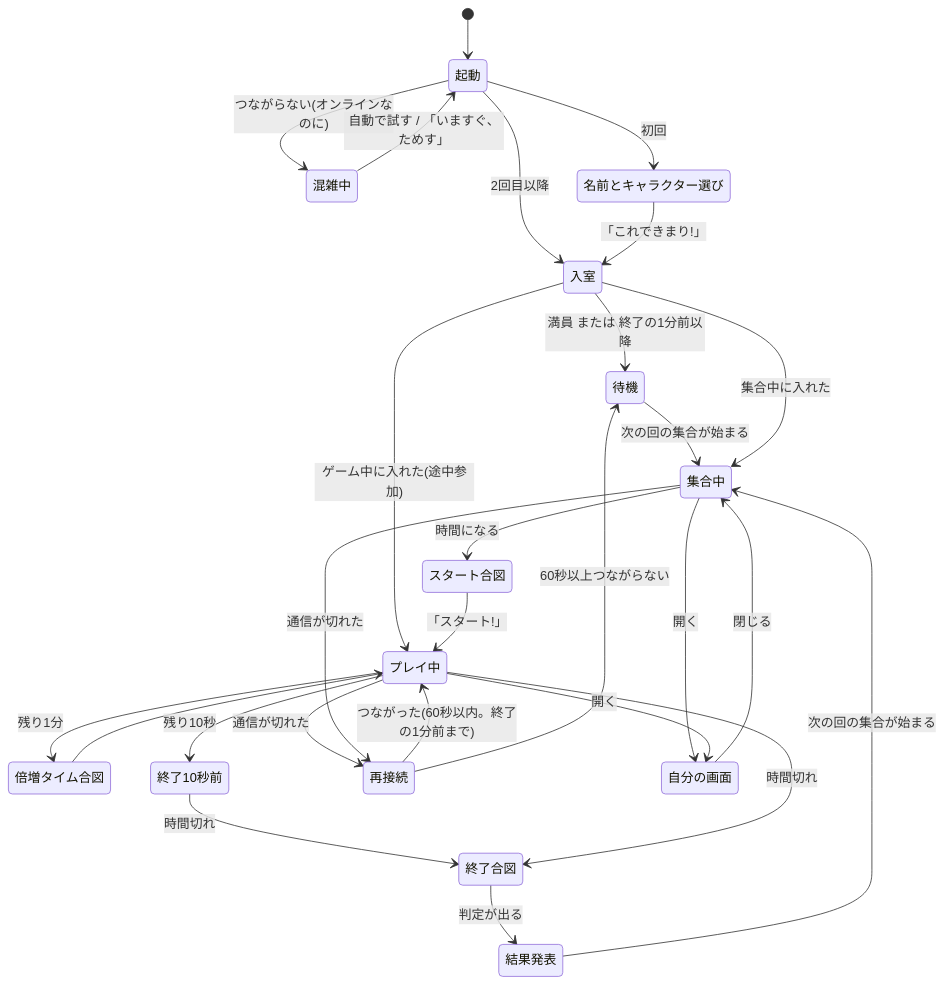
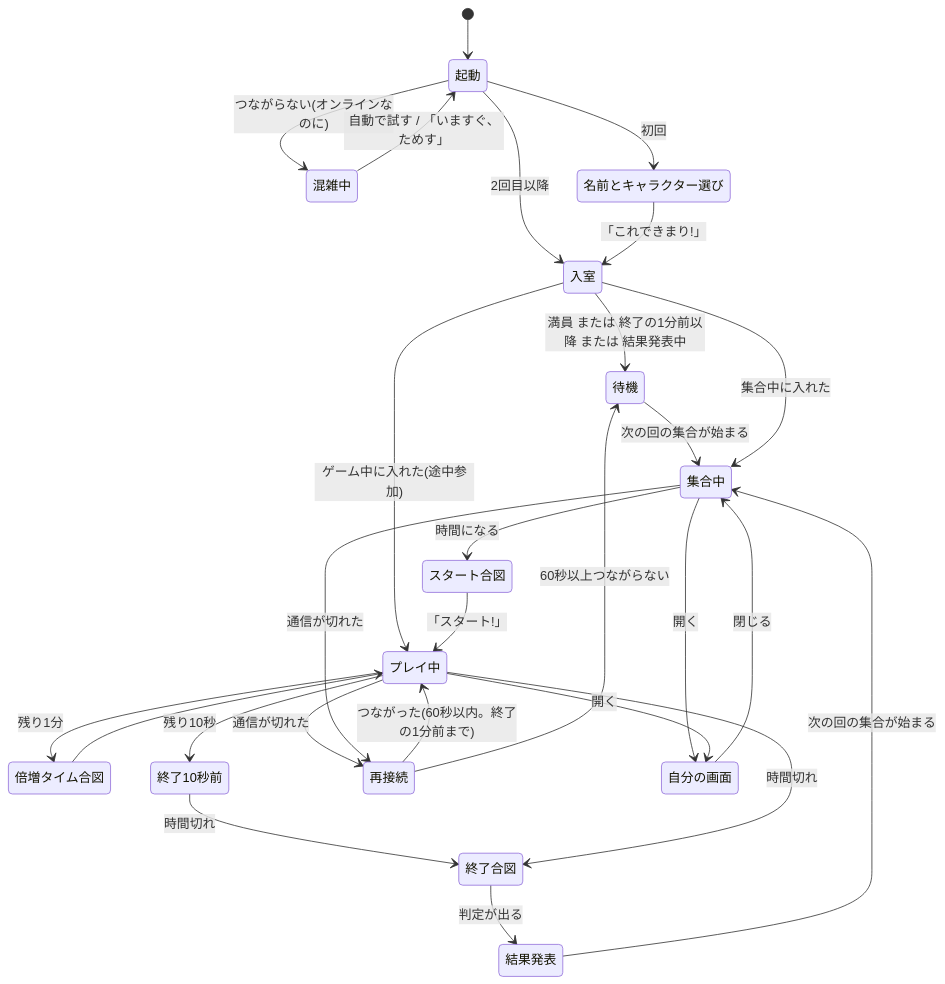
One commit to nogawa-asase/Number-Together changed the sixth of 6 diagrams in docs/functional-design.md. Above: the diagram before and after it, drawn with Mermaid. The commit also changed other lines of this file and 6 other files, not shown here.

````diff
--- a/docs/functional-design.md
+++ b/docs/functional-design.md
@@ -891,29 +948,29 @@
 ```mermaid
 stateDiagram-v2
     [*] --> 起動
     起動 --> 混雑中: つながらない(オンラインなのに)
     混雑中 --> 起動: 自動で試す / 「いますぐ、ためす」
     起動 --> 名前とキャラクター選び: 初回
     起動 --> 入室: 2回目以降
     名前とキャラクター選び --> 入室: 「これできまり!」
-    入室 --> 待機: 満員 または 終了の1分前以降
+    入室 --> 待機: 満員 または 終了の1分前以降 または 結果発表中
     待機 --> 集合中: 次の回の集合が始まる
     入室 --> 集合中: 集合中に入れた
     入室 --> プレイ中: ゲーム中に入れた(途中参加)
     集合中 --> スタート合図: 時間になる
     スタート合図 --> プレイ中: 「スタート!」
     プレイ中 --> 倍増タイム合図: 残り1分
     倍増タイム合図 --> プレイ中
     プレイ中 --> 終了10秒前: 残り10秒
     終了10秒前 --> 終了合図: 時間切れ
     プレイ中 --> 終了合図: 時間切れ
     終了合図 --> 結果発表: 判定が出る
     結果発表 --> 集合中: 次の回の集合が始まる
     プレイ中 --> 再接続: 通信が切れた
     集合中 --> 再接続: 通信が切れた
     再接続 --> プレイ中: つながった(60秒以内。終了の1分前まで)
     再接続 --> 待機: 60秒以上つながらない
     集合中 --> 自分の画面: 開く
     プレイ中 --> 自分の画面: 開く
     自分の画面 --> 集合中: 閉じる
 ```
````
